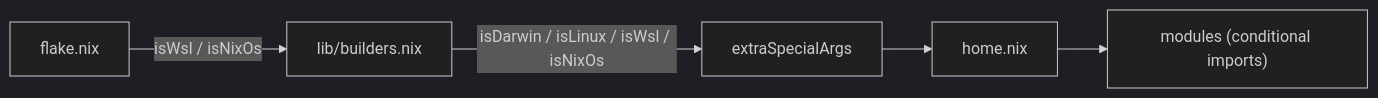
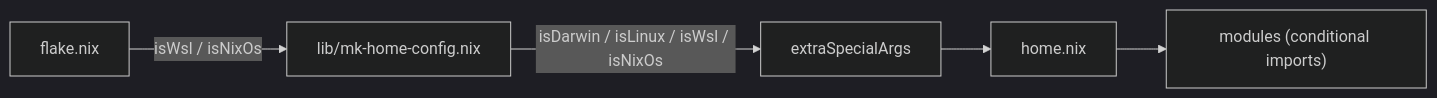
One commit to vanillacake369/tonys-nix changed the second of 2 diagrams in docs/architecture/overview.md. Above: the diagram before and after it, drawn with Mermaid (dark theme). The commit also changed other lines of this file and 14 other files, not shown here.

````diff
--- a/docs/architecture/overview.md
+++ b/docs/architecture/overview.md
@@ -116,7 +105,7 @@
 ```mermaid
 flowchart LR
-    flake["flake.nix"] -- "isWsl / isNixOs" --> builders["lib/builders.nix"]
+    flake["flake.nix"] -- "isWsl / isNixOs" --> builders["lib/mk-home-config.nix"]
     builders -- "isDarwin / isLinux / isWsl / isNixOs" --> extraSpecialArgs
     extraSpecialArgs --> home["home.nix"]
     home --> modules["modules (conditional imports)"]
 ```
````
